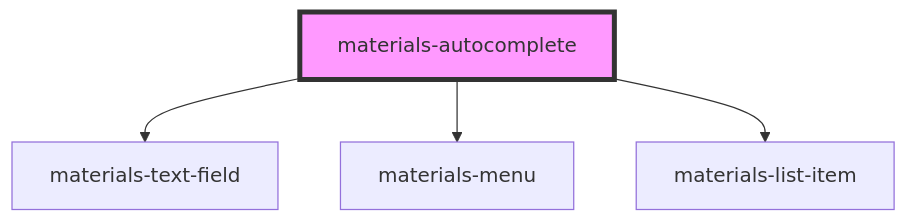
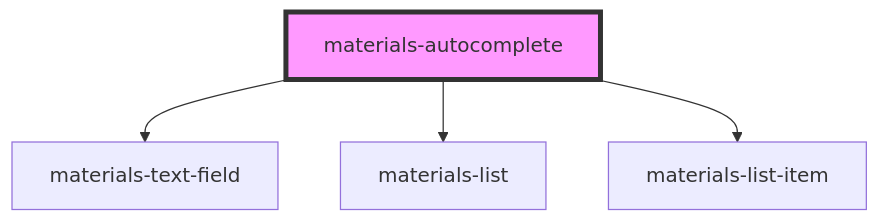
The diagram in packages/materials/src/components/autocomplete/readme.md (GMV-centravet/materials-elements), drawn with Mermaid before and after one commit. The commit also changed other lines of this file and 16 other files, not shown here.

````diff
--- a/packages/materials/src/components/autocomplete/readme.md
+++ b/packages/materials/src/components/autocomplete/readme.md
@@ -35,7 +36,7 @@
 ```mermaid
 graph TD;
   materials-autocomplete --> materials-text-field
-  materials-autocomplete --> materials-menu
+  materials-autocomplete --> materials-list
   materials-autocomplete --> materials-list-item
   style materials-autocomplete fill:#f9f,stroke:#333,stroke-width:4px
 ```
````
